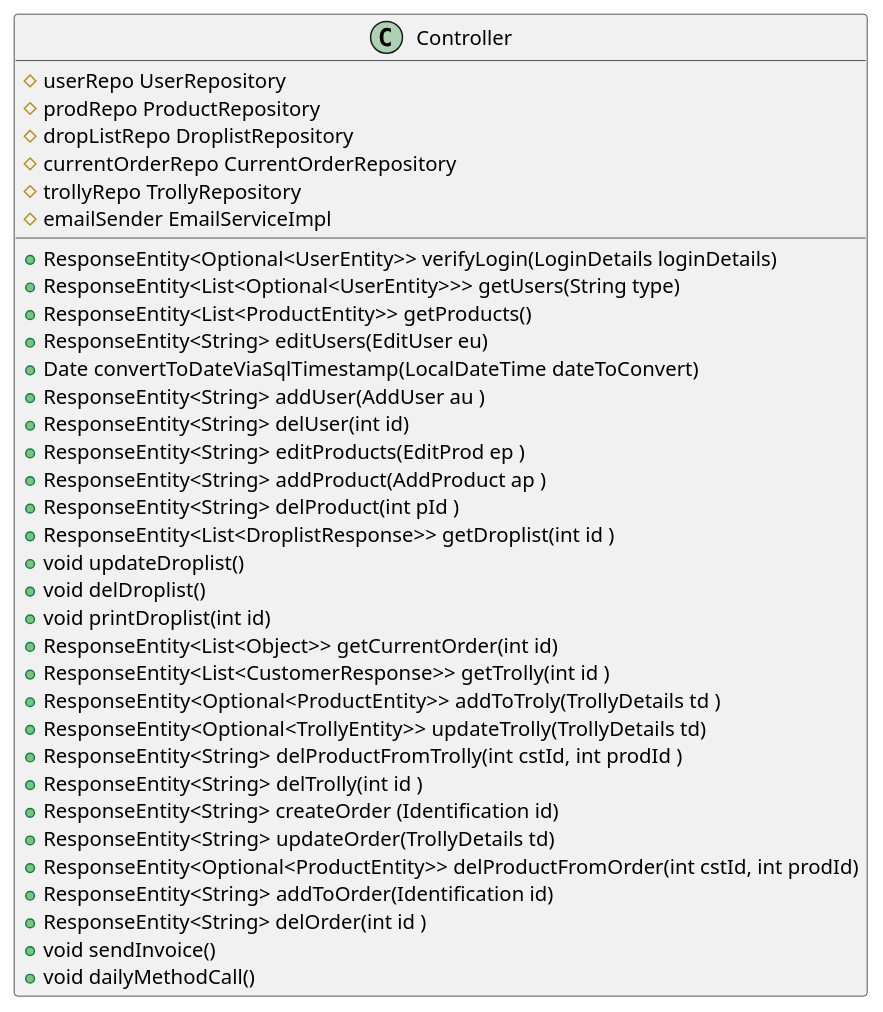
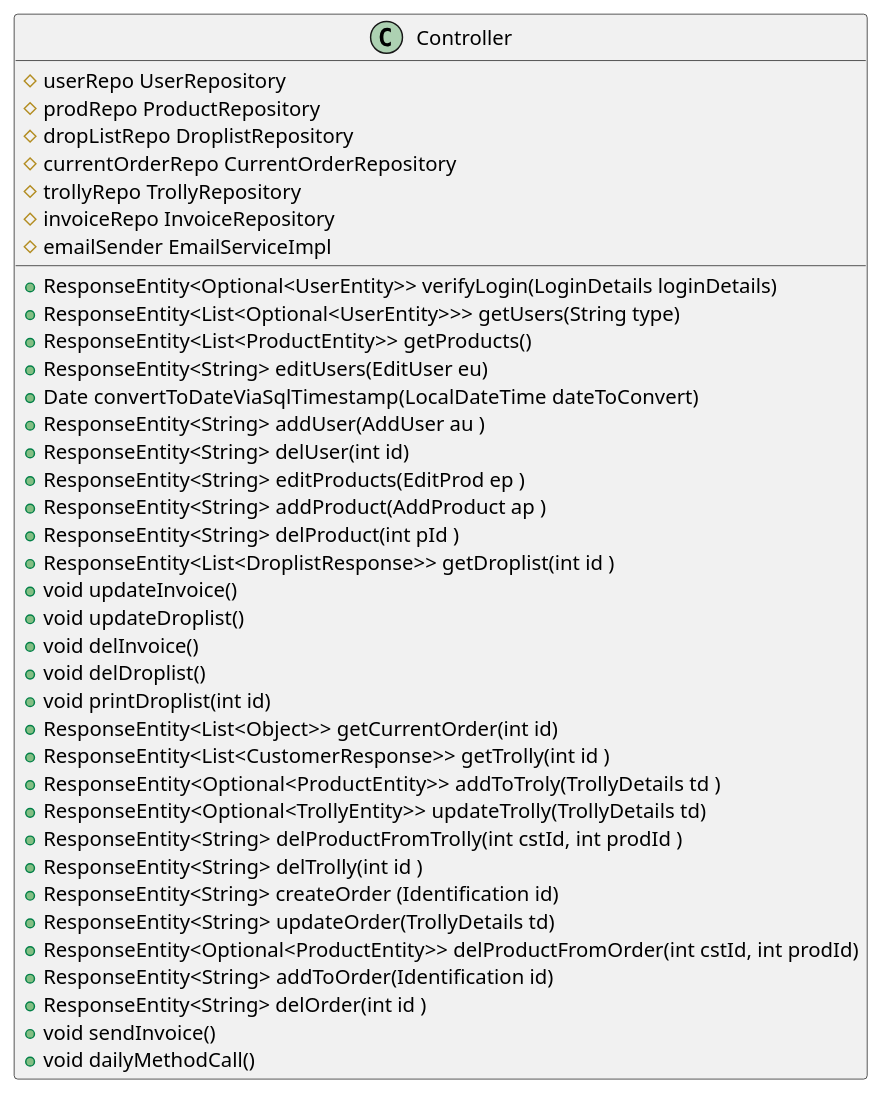
Before and after one commit to avahora866/dev-backend: the diagram in src/main/java/com/milk4u/doorstep/delivery/controller/Controller.puml, drawn with PlantUML. The commit also changed 3 other files, not shown here.

```diff
--- a/src/main/java/com/milk4u/doorstep/delivery/controller/Controller.puml
+++ b/src/main/java/com/milk4u/doorstep/delivery/controller/Controller.puml
@@ -1,39 +1,42 @@
 @startuml
 'https://plantuml.com/class-diagram
 
 class Controller {
 	#userRepo UserRepository
 	#prodRepo ProductRepository
 	#dropListRepo DroplistRepository
 	#currentOrderRepo CurrentOrderRepository
 	#trollyRepo TrollyRepository
+	#invoiceRepo InvoiceRepository
 	#emailSender EmailServiceImpl
 	+ResponseEntity<Optional<UserEntity>> verifyLogin(LoginDetails loginDetails)
 	+ResponseEntity<List<Optional<UserEntity>>> getUsers(String type)
 	+ResponseEntity<List<ProductEntity>> getProducts()
     +ResponseEntity<String> editUsers(EditUser eu)
     +Date convertToDateViaSqlTimestamp(LocalDateTime dateToConvert)
     +ResponseEntity<String> addUser(AddUser au )
     +ResponseEntity<String> delUser(int id)
     +ResponseEntity<String> editProducts(EditProd ep )
     +ResponseEntity<String> addProduct(AddProduct ap )
     +ResponseEntity<String> delProduct(int pId )
     +ResponseEntity<List<DroplistResponse>> getDroplist(int id )
+    +void updateInvoice()
     +void updateDroplist()
+    +void delInvoice()
     +void delDroplist()
     +void printDroplist(int id)
     +ResponseEntity<List<Object>> getCurrentOrder(int id)
     +ResponseEntity<List<CustomerResponse>> getTrolly(int id )
     +ResponseEntity<Optional<ProductEntity>> addToTroly(TrollyDetails td )
     +ResponseEntity<Optional<TrollyEntity>> updateTrolly(TrollyDetails td)
     +ResponseEntity<String> delProductFromTrolly(int cstId, int prodId )
     +ResponseEntity<String> delTrolly(int id )
     +ResponseEntity<String> createOrder (Identification id)
     +ResponseEntity<String> updateOrder(TrollyDetails td)
     +ResponseEntity<Optional<ProductEntity>> delProductFromOrder(int cstId, int prodId)
     +ResponseEntity<String> addToOrder(Identification id)
     +ResponseEntity<String> delOrder(int id )
     +void sendInvoice()
     +void dailyMethodCall()
 }
 @enduml
```
